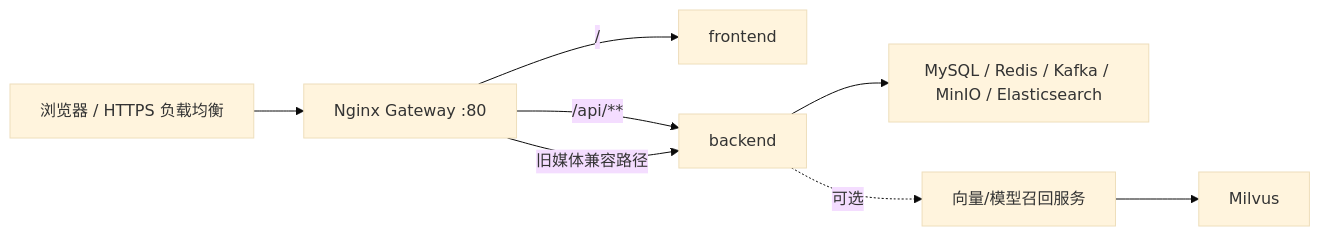
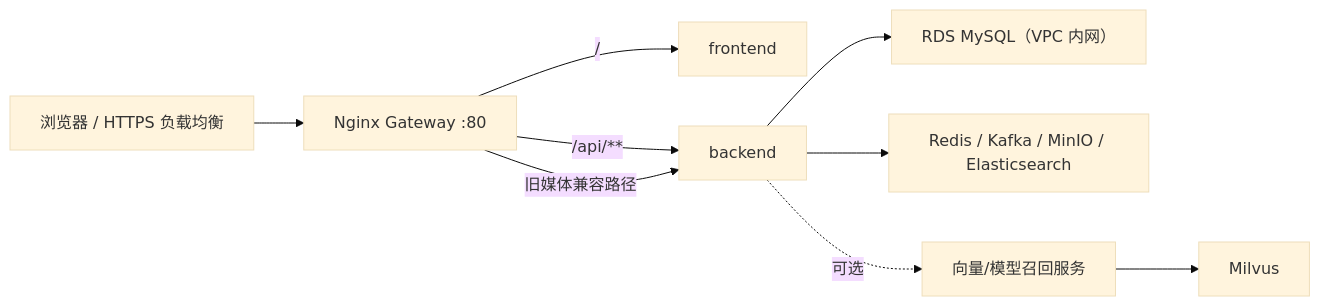
One commit to RanGwaz/RanGwaz changed the diagram in README.md. Above: the diagram before and after it, drawn with Mermaid (base theme). The commit also changed other lines of this file and 20 other files, not shown here.

````diff
--- a/README.md
+++ b/README.md
@@ -61,10 +62,11 @@
 ```mermaid
 flowchart LR
   Browser["浏览器 / HTTPS 负载均衡"] --> Gateway["Nginx Gateway :80"]
   Gateway -->|"/"| Frontend["frontend"]
   Gateway -->|"/api/**"| Backend["backend"]
   Gateway -->|旧媒体兼容路径| Backend
-  Backend --> Data["MySQL / Redis / Kafka / MinIO / Elasticsearch"]
+  Backend --> RDS["RDS MySQL（VPC 内网）"]
+  Backend --> Data["Redis / Kafka / MinIO / Elasticsearch"]
   Backend -.可选.-> Recall["向量/模型召回服务"]
   Recall --> Milvus["Milvus"]
 ```
````
